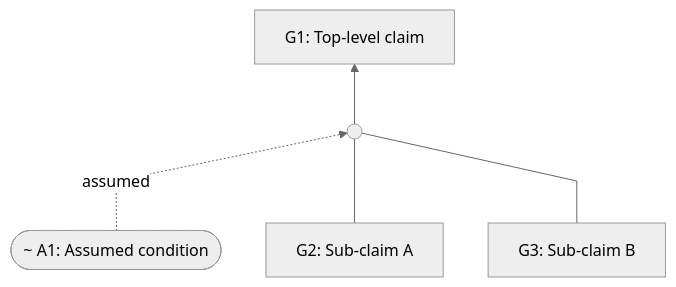
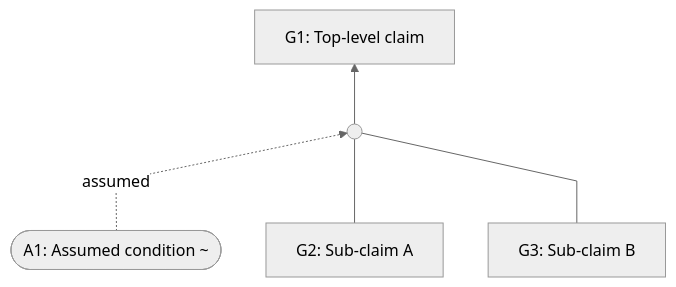
Before and after one commit to coreinfrastructure/best-practices-badge: diagram 18 of 19 in docs/sacm-mermaid.md, drawn with Mermaid. The commit also changed other lines of this file, not shown here.

````diff
--- a/docs/sacm-mermaid.md
+++ b/docs/sacm-mermaid.md
@@ -705,23 +704,23 @@
 ```mermaid
 ---
 config:
   theme: neutral
   flowchart:
     curve: linear
     htmlLabels: true
     rankSpacing: 60
     nodeSpacing: 45
     padding: 15
 ---
 flowchart BT
     G2["G2: Sub-claim A"]
     G3["G3: Sub-claim B"]
-    A1(["~ A1: Assumed condition"])
+    A1(["A1: Assumed condition ~"])
     Inf1((" "))
     G1["G1: Top-level claim"]
 
     A1 -. "assumed" .-> Inf1
     G2 --- Inf1
     G3 --- Inf1
     Inf1 --> G1
 ```
````
